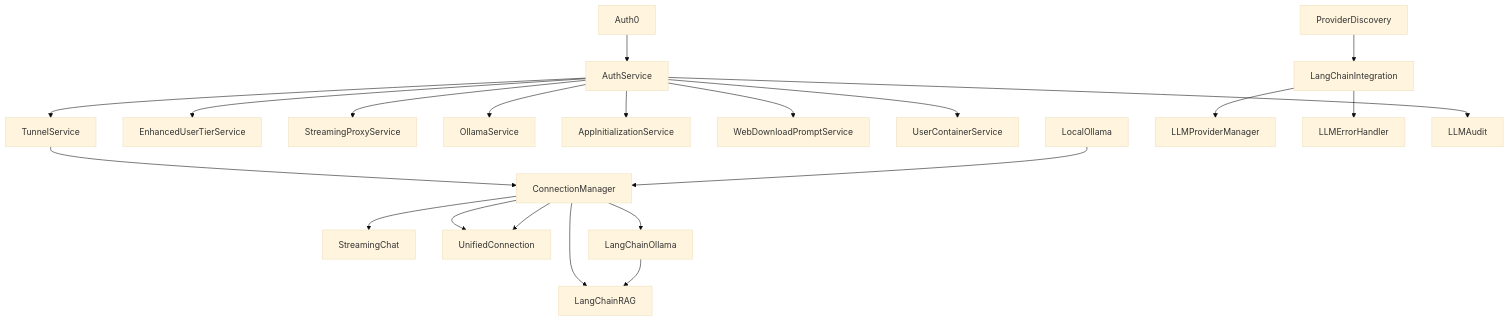
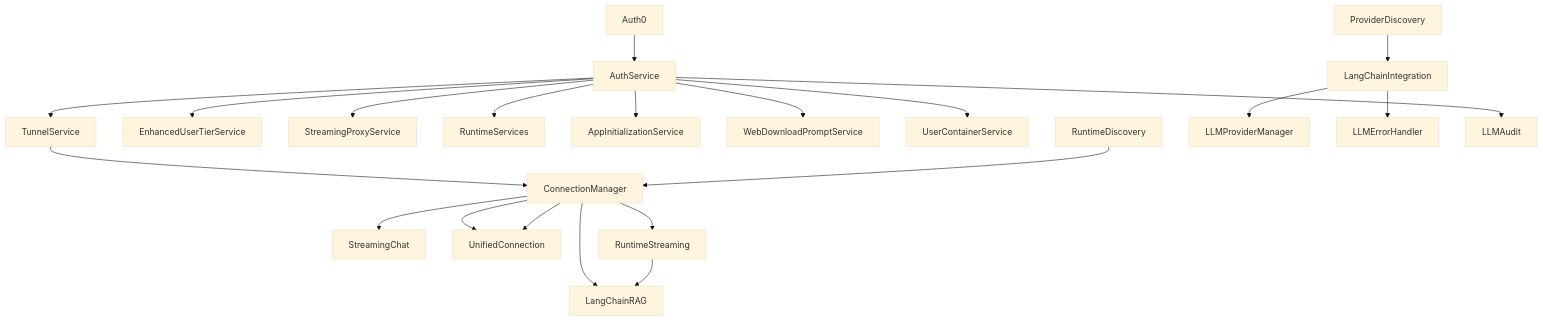
One commit to imrightguy/CloudToLocalLLM changed the diagram in docs/architecture/service_lifecycle.md. Above: the diagram before and after it, drawn with Mermaid (base theme). The commit also changed other lines of this file and 41 other files, not shown here.

````diff
--- a/docs/architecture/service_lifecycle.md
+++ b/docs/architecture/service_lifecycle.md
@@ -20,23 +20,23 @@
 ```mermaid
 graph TD
   Auth0 --> AuthService
   AuthService --> TunnelService
   AuthService --> EnhancedUserTierService
   AuthService --> StreamingProxyService
-  AuthService --> OllamaService
+  AuthService --> RuntimeServices
   AuthService --> AppInitializationService
   AuthService --> WebDownloadPromptService
   AuthService --> UserContainerService
   TunnelService --> ConnectionManager
-  LocalOllama --> ConnectionManager
+  RuntimeDiscovery --> ConnectionManager
   ConnectionManager --> StreamingChat
   ConnectionManager --> UnifiedConnection
-  ConnectionManager --> LangChainOllama
+  ConnectionManager --> RuntimeStreaming
   ConnectionManager --> LangChainRAG
   ProviderDiscovery --> LangChainIntegration
   LangChainIntegration --> LLMProviderManager
   LangChainIntegration --> LLMErrorHandler
-  LangChainOllama --> LangChainRAG
+  RuntimeStreaming --> LangChainRAG
   AuthService --> LLMAudit
   ConnectionManager --> UnifiedConnection
 ```
````
